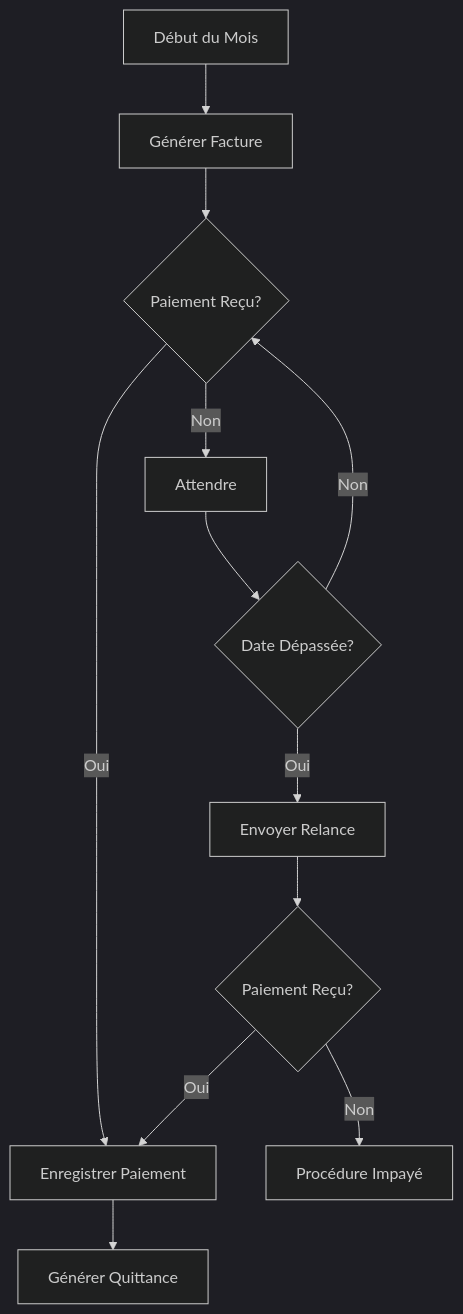
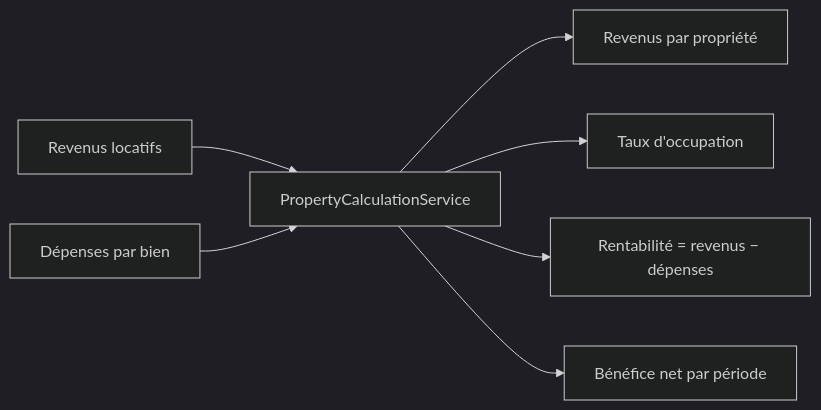
One commit to Louiscarlos2508/elyf-group-app-showcase changed the second of 2 diagrams in immobilier/README.md. Above: the diagram before and after it, drawn with Mermaid (dark theme). The commit also changed other lines of this file and 6 other files, not shown here.

````diff
--- a/immobilier/README.md
+++ b/immobilier/README.md
@@ -135,14 +251,9 @@
 ```mermaid
-graph TD
-    A[Début du Mois] --> B[Générer Facture]
-    B --> C{Paiement Reçu?}
-    C -->|Oui| D[Enregistrer Paiement]
-    C -->|Non| E[Attendre]
-    E --> F{Date Dépassée?}
-    F -->|Non| C
-    F -->|Oui| G[Envoyer Relance]
-    G --> H{Paiement Reçu?}
-    H -->|Oui| D
-    H -->|Non| I[Procédure Impayé]
-    D --> J[Générer Quittance]
+graph LR
+    A[Revenus locatifs] --> C[PropertyCalculationService]
+    B[Dépenses par bien] --> C
+    C --> D[Revenus par propriété]
+    C --> E[Taux d'occupation]
+    C --> F[Rentabilité = revenus − dépenses]
+    C --> G[Bénéfice net par période]
 ```
````
